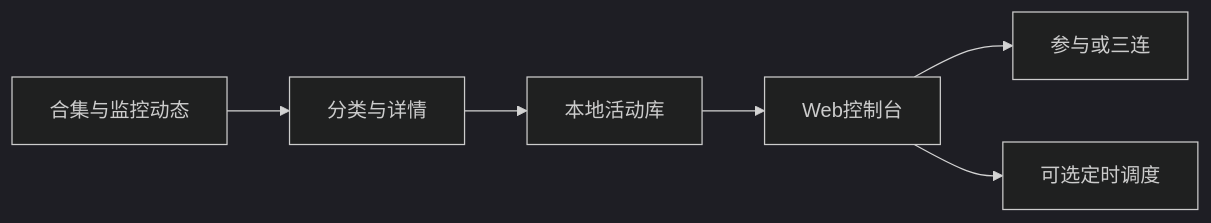
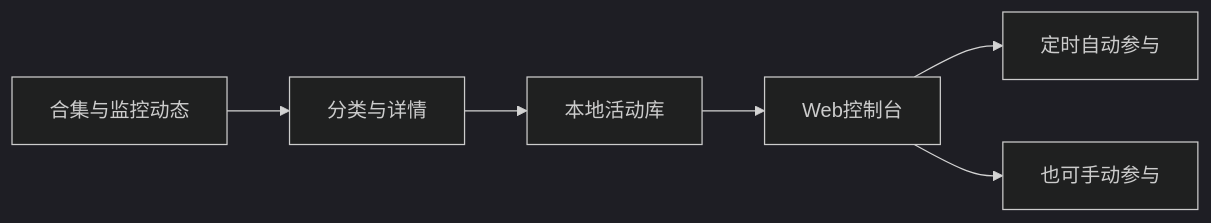
Before and after one commit to selinyi123/bil-1: the diagram in README.md, drawn with Mermaid (dark theme). The commit also changed other lines of this file, not shown here.

First line of the commit message:
docs: center README on scheduled auto-participation

````diff
--- a/README.md
+++ b/README.md
@@ -201,8 +204,8 @@
 ```mermaid
 flowchart LR
   sources[合集与监控动态] --> classify[分类与详情]
   classify --> store[本地活动库]
   store --> ui[Web控制台]
-  ui --> join[参与或三连]
-  ui --> auto[可选定时调度]
+  ui --> auto[定时自动参与]
+  ui --> join[也可手动参与]
 ```
````
